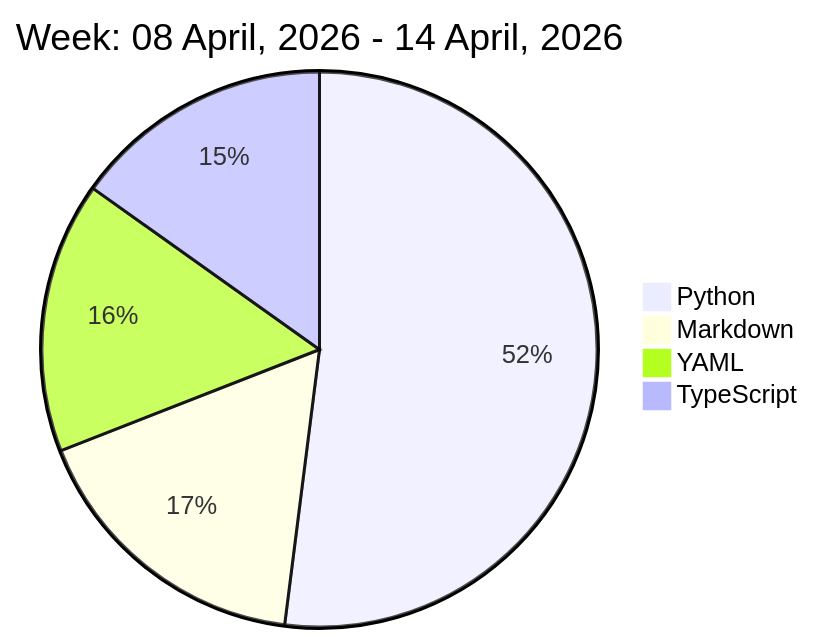
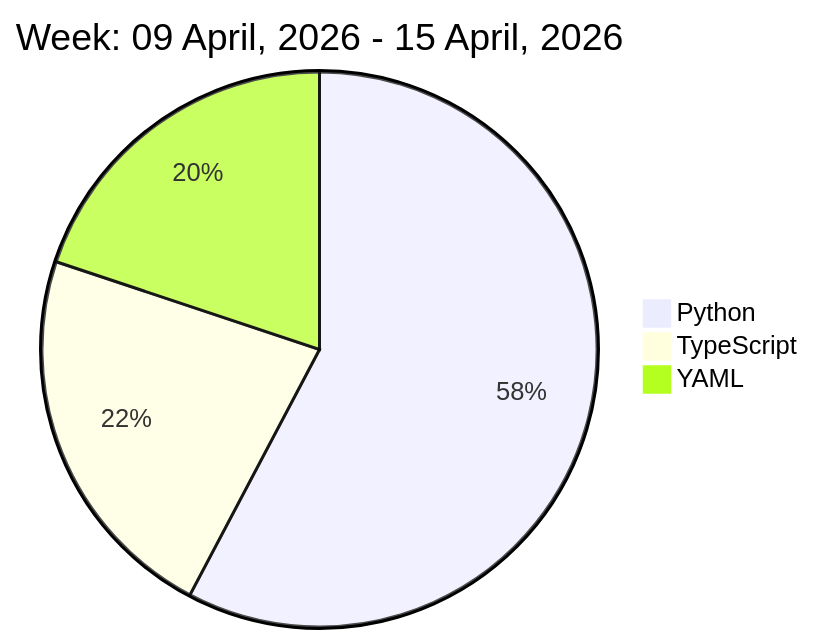
One commit to liubin95/liubin95 changed the diagram in README.md. Above: the diagram before and after it, drawn with Mermaid.

Commit message:
Updated the Graph with new Metrics

````diff
--- a/README.md
+++ b/README.md
@@ -32,8 +32,7 @@
 ```mermaid
  pie
-title Week: 08 April, 2026 - 14 April, 2026
- "Python" : 10.12
- "Markdown" : 3.32
- "YAML" : 3.07
- "TypeScript" : 2.95
+title Week: 09 April, 2026 - 15 April, 2026
+ "Python" : 9.67
+ "TypeScript" : 3.75
+ "YAML" : 3.33
 ```
````
